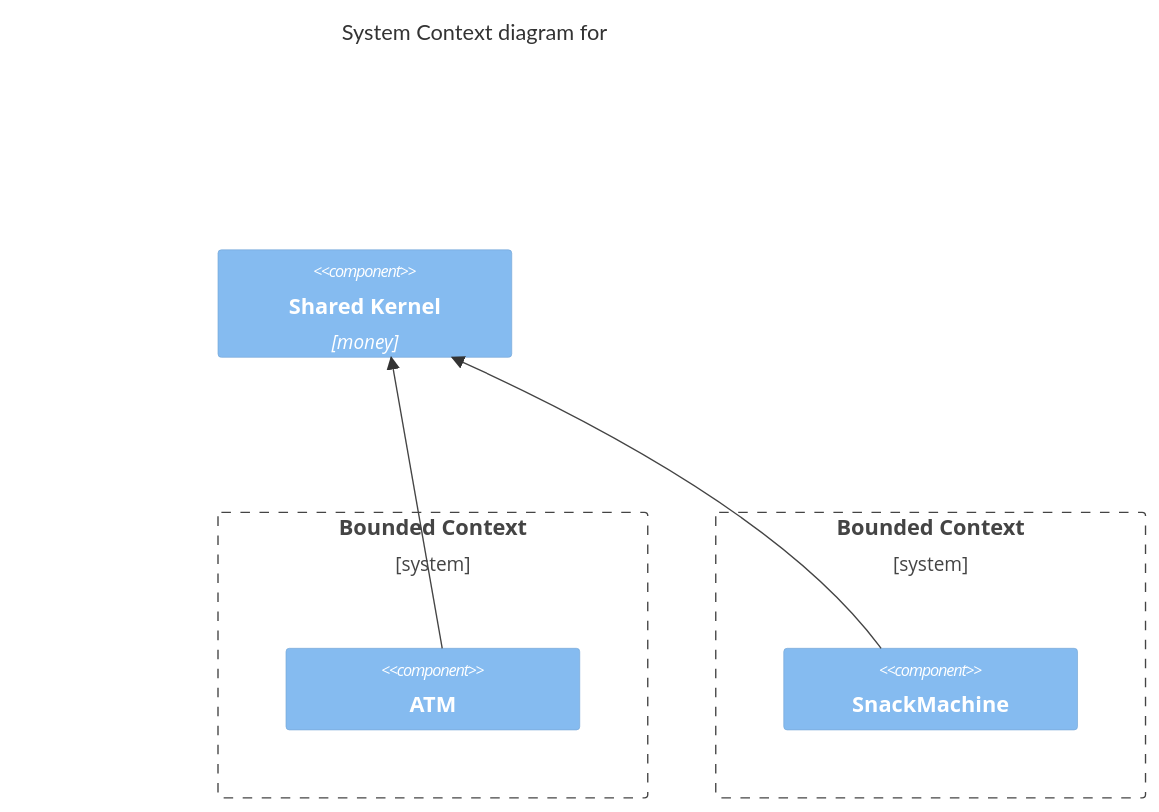
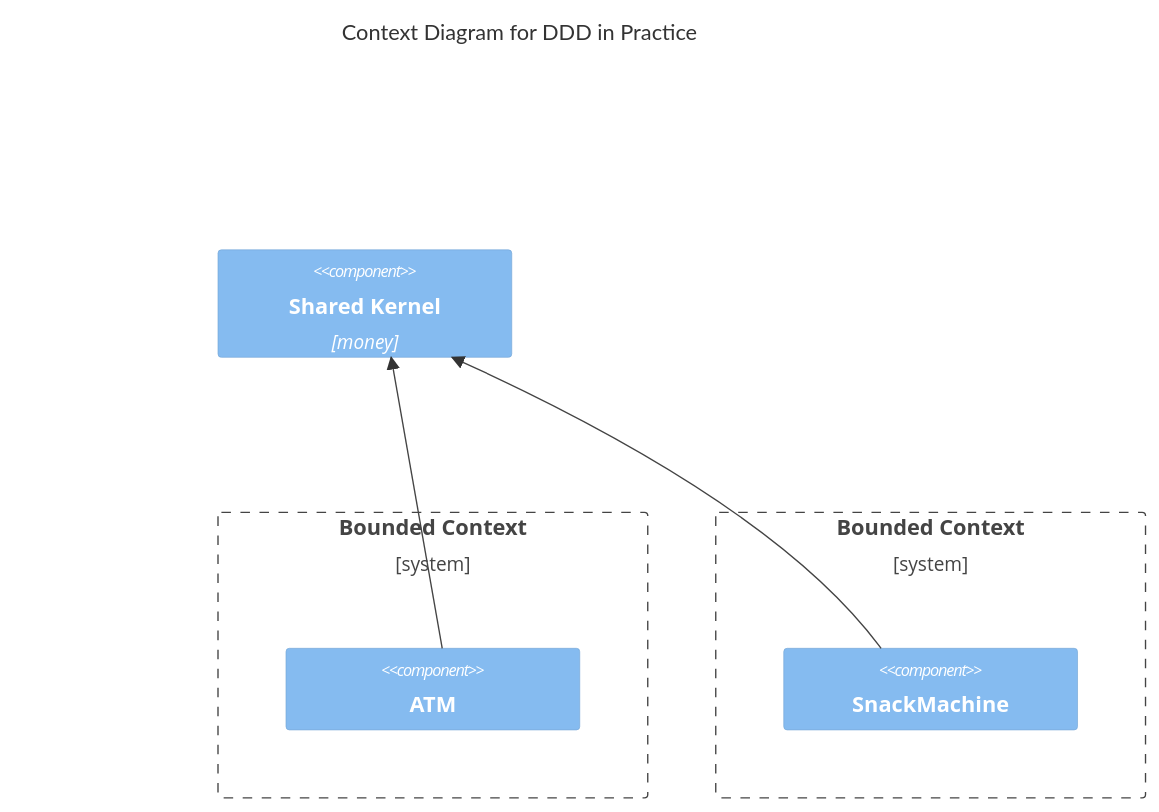
One commit to head5man/pluralsight--DddInPractice-- changed the first of 2 diagrams in DddInPractice.Notes/notes-ddd-in-practice.md. Above: the diagram before and after it, drawn with Mermaid. The commit also changed other lines of this file and 7 other files, not shown here.

````diff
--- a/DddInPractice.Notes/notes-ddd-in-practice.md
+++ b/DddInPractice.Notes/notes-ddd-in-practice.md
@@ -28,17 +28,17 @@
 ```mermaid
 C4Context
-    title System Context diagram for 
+    title Context Diagram for DDD in Practice
     Component(shared_kernel, "Shared Kernel", "money")
     
     Boundary(context1, "Bounded Context")
     {
         Component(atm, "ATM")
     }
 
     Boundary(context2, "Bounded Context")
     {
         Component(sm, "SnackMachine")
     }
     Rel(atm, shared_kernel, "")
     Rel(sm, shared_kernel, "")
 ```
````
